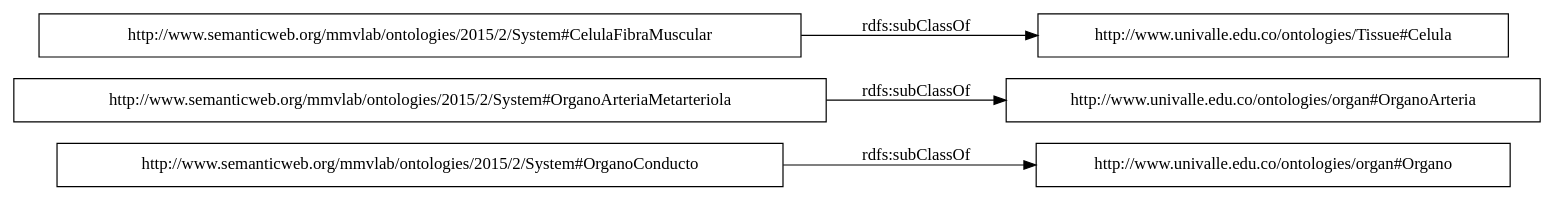
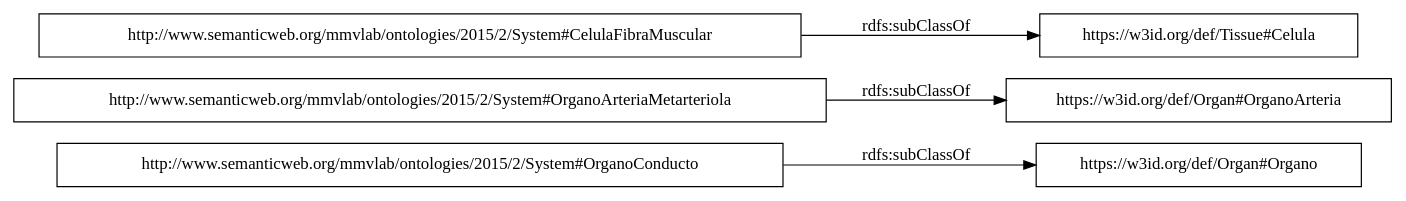
The diagram in OnToology/System.owl/diagrams/ar2dtool-taxonomy/System.owl.png.dot (claxima/HistologicalOntology), drawn with Graphviz before and after one commit. The commit also changed 62 other files, not shown here.

```diff
--- a/OnToology/System.owl/diagrams/ar2dtool-taxonomy/System.owl.png.dot
+++ b/OnToology/System.owl/diagrams/ar2dtool-taxonomy/System.owl.png.dot
@@ -1,9 +1,9 @@
 digraph ar2dtool_diagram { 
 rankdir=LR;
 size="1000"
 node [shape = rectangle, color="black"]; "http://www.semanticweb.org/mmvlab/ontologies/2015/2/System#OrganoConducto" "http://www.semanticweb.org/mmvlab/ontologies/2015/2/System#OrganoArteriaMetarteriola" "http://www.semanticweb.org/mmvlab/ontologies/2015/2/System#CelulaFibraMuscular" ; /*classes style*/
-	"http://www.semanticweb.org/mmvlab/ontologies/2015/2/System#CelulaFibraMuscular" -> "http://www.univalle.edu.co/ontologies/Tissue#Celula" [ label = "rdfs:subClassOf" ];
-	"http://www.semanticweb.org/mmvlab/ontologies/2015/2/System#OrganoArteriaMetarteriola" -> "http://www.univalle.edu.co/ontologies/organ#OrganoArteria" [ label = "rdfs:subClassOf" ];
-	"http://www.semanticweb.org/mmvlab/ontologies/2015/2/System#OrganoConducto" -> "http://www.univalle.edu.co/ontologies/organ#Organo" [ label = "rdfs:subClassOf" ];
+	"http://www.semanticweb.org/mmvlab/ontologies/2015/2/System#CelulaFibraMuscular" -> "https://w3id.org/def/Tissue#Celula" [ label = "rdfs:subClassOf" ];
+	"http://www.semanticweb.org/mmvlab/ontologies/2015/2/System#OrganoArteriaMetarteriola" -> "https://w3id.org/def/Organ#OrganoArteria" [ label = "rdfs:subClassOf" ];
+	"http://www.semanticweb.org/mmvlab/ontologies/2015/2/System#OrganoConducto" -> "https://w3id.org/def/Organ#Organo" [ label = "rdfs:subClassOf" ];
 
 }
```
